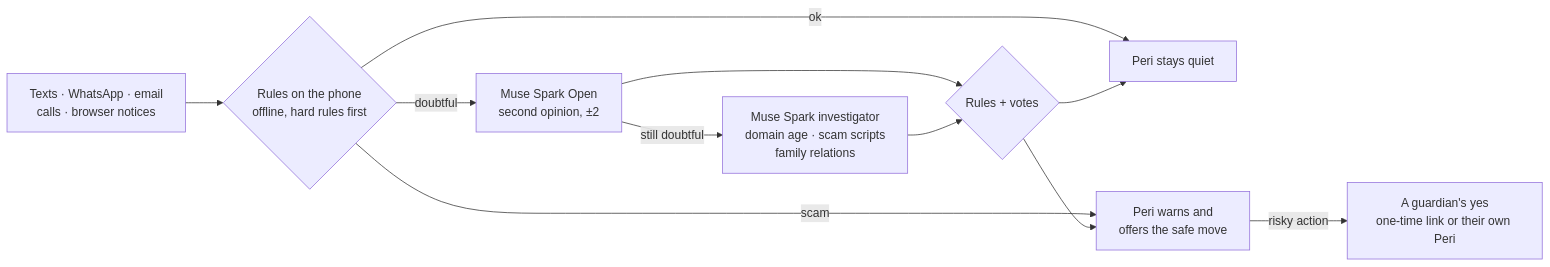
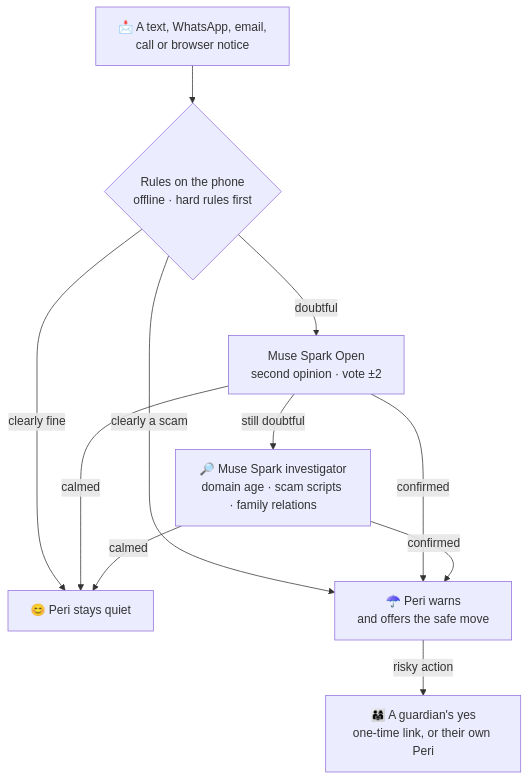
One commit to Ruby570bocadito/FriendlyPear changed the diagram in README.md. Above: the diagram before and after it, drawn with Mermaid.

Commit message:
docs(readme): el diagrama de cómo decide Peri, vertical y con menos cajas, para que se lea sin ampliarlo

````diff
--- a/README.md
+++ b/README.md
@@ -93,13 +93,13 @@
 ```mermaid
-flowchart LR
-    A["Texts · WhatsApp · email<br/>calls · browser notices"] --> B{"Rules on the phone<br/>offline, hard rules first"}
-    B -- "ok" --> Q["Peri stays quiet"]
-    B -- "scam" --> W["Peri warns and<br/>offers the safe move"]
-    B -- "doubtful" --> C["Muse Spark Open<br/>second opinion, ±2"]
-    C -- "still doubtful" --> D["Muse Spark investigator<br/>domain age · scam scripts<br/>family relations"]
-    C --> V{"Rules + votes"}
-    D --> V
-    V --> Q
-    V --> W
-    W -- "risky action" --> G["A guardian's yes<br/>one-time link or their own Peri"]
+flowchart TD
+    A["📩 A text, WhatsApp, email,<br/>call or browser notice"] --> B{"Rules on the phone<br/>offline · hard rules first"}
+    B -->|clearly fine| Q["😊 Peri stays quiet"]
+    B -->|clearly a scam| W["☂️ Peri warns<br/>and offers the safe move"]
+    B -->|doubtful| C["Muse Spark Open<br/>second opinion · vote ±2"]
+    C -->|still doubtful| D["🔎 Muse Spark investigator<br/>domain age · scam scripts · family relations"]
+    C -->|calmed| Q
+    C -->|confirmed| W
+    D -->|calmed| Q
+    D -->|confirmed| W
+    W -->|risky action| G["👨‍👩‍👧 A guardian's yes<br/>one-time link, or their own Peri"]
 ```
````
